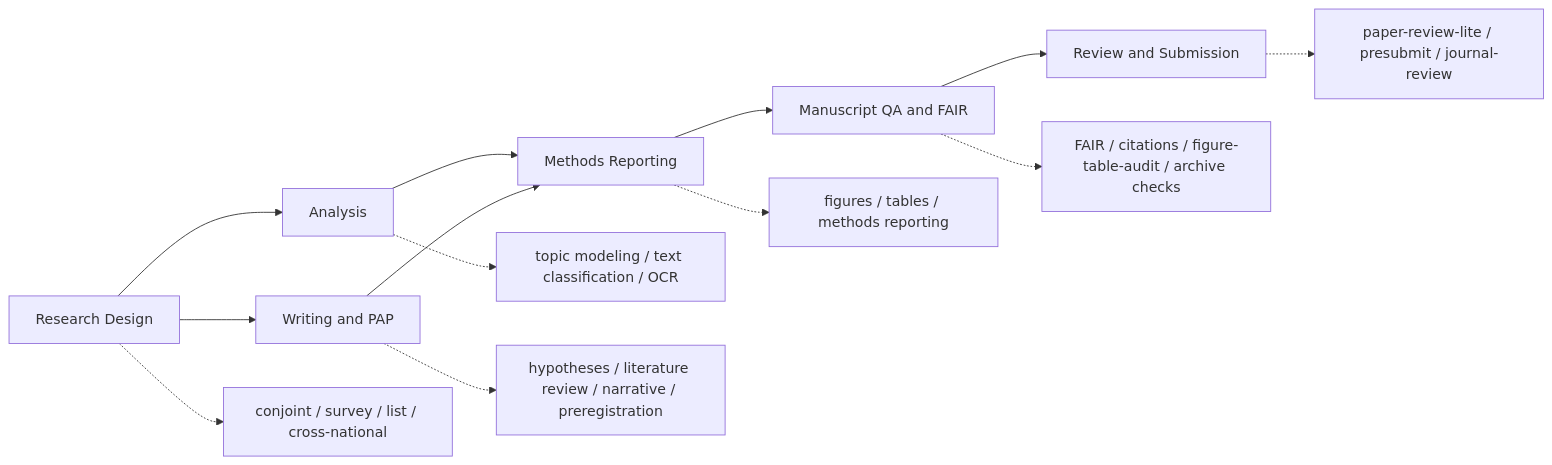
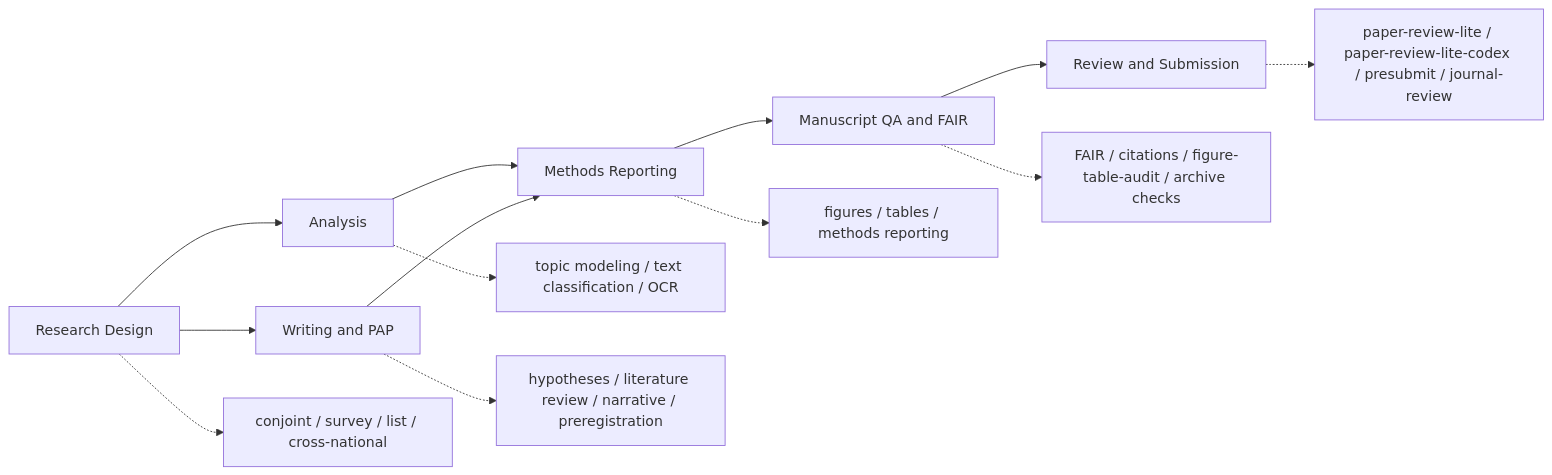
One commit to scdenney/open-science-skills changed the diagram in README.md. Above: the diagram before and after it, drawn with Mermaid. The commit also changed other lines of this file and 3 other files, not shown here.

First line of the commit message:
v2.1.0 — Add paper-review-lite-codex (cross-model adversarial review)

````diff
--- a/README.md
+++ b/README.md
@@ -23,16 +23,16 @@
 ```mermaid
 flowchart LR
     A[Research Design] --> B[Analysis]
     A --> C[Writing and PAP]
     B --> D[Methods Reporting]
     C --> D
     D --> E[Manuscript QA and FAIR]
     E --> F[Review and Submission]
 
     A -.-> A1[conjoint / survey / list / cross-national]
     B -.-> B1[topic modeling / text classification / OCR]
     C -.-> C1[hypotheses / literature review / narrative / preregistration]
     D -.-> D1[figures / tables / methods reporting]
     E -.-> E1[FAIR / citations / figure-table-audit / archive checks]
-    F -.-> F1[paper-review-lite / presubmit / journal-review]
+    F -.-> F1[paper-review-lite / paper-review-lite-codex / presubmit / journal-review]
 ```
````
